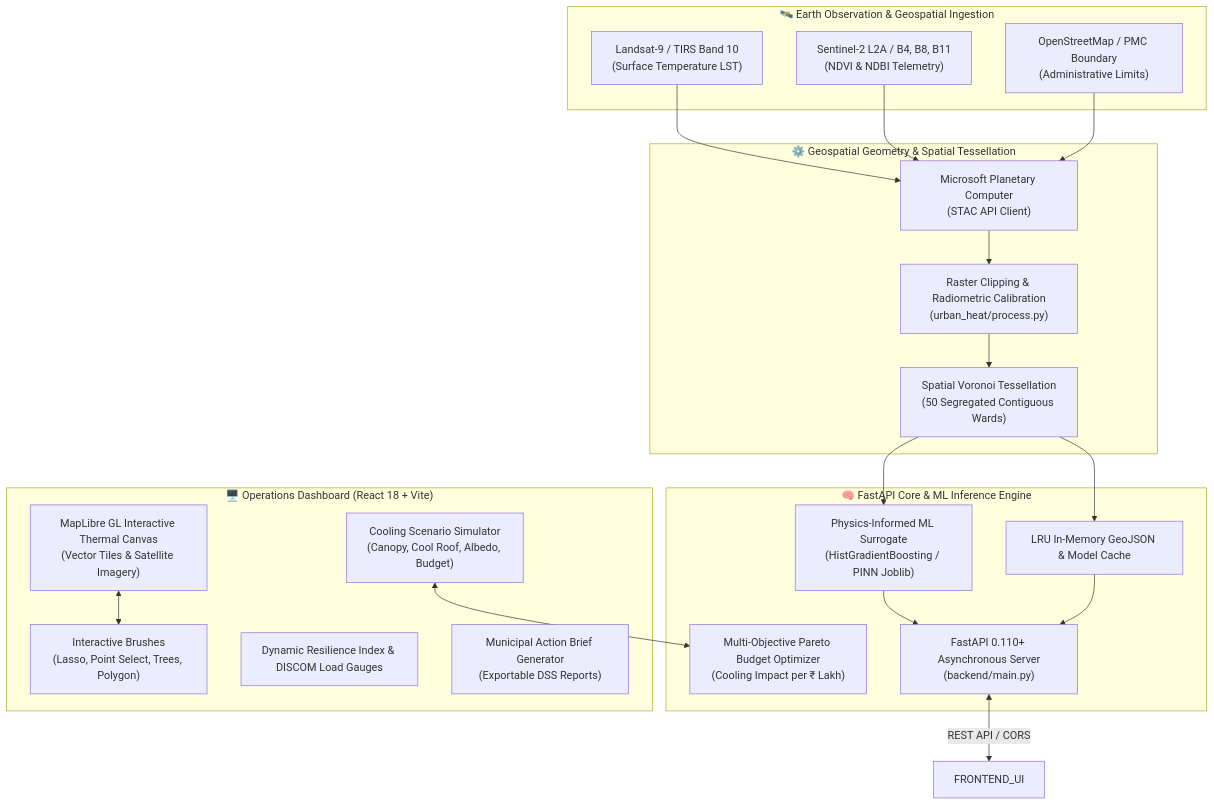
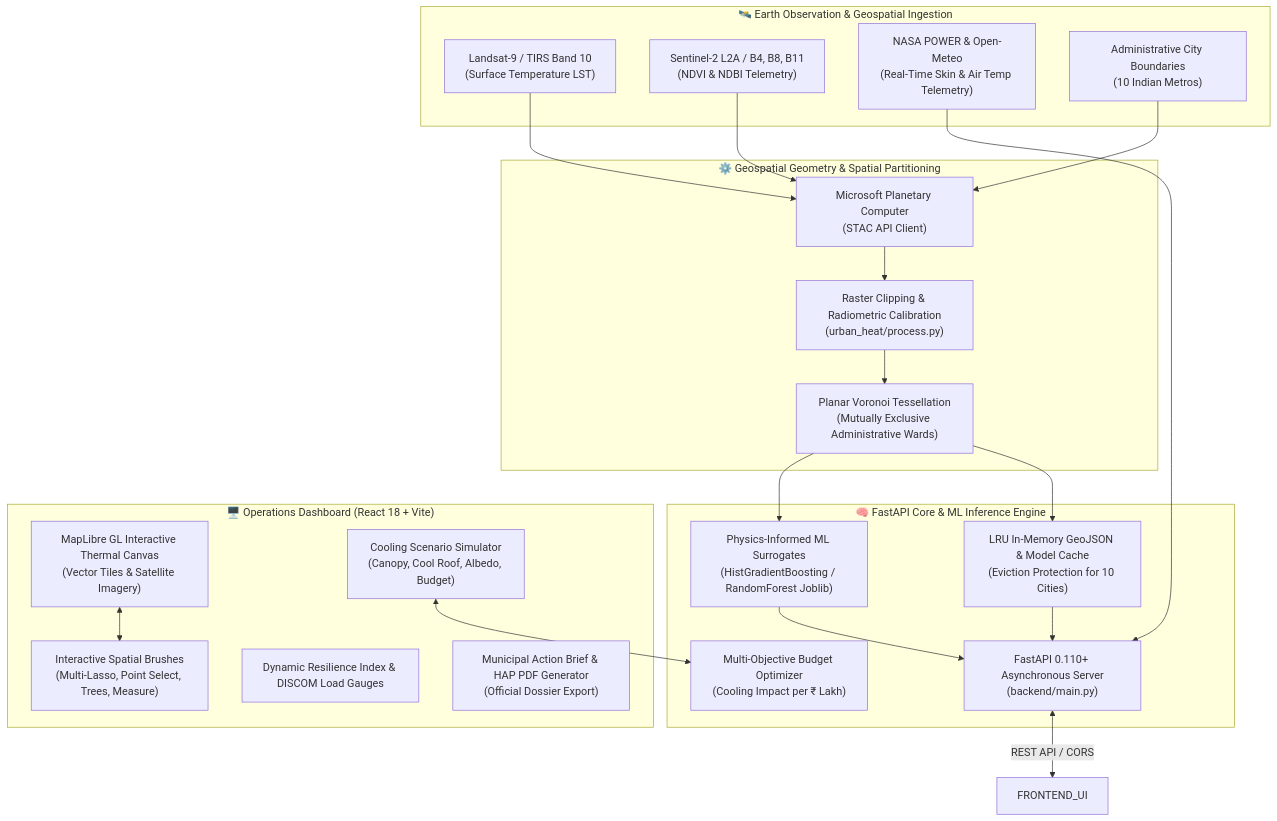
One commit to sanmitpatil07/urban-IQ changed the diagram in README.md. Above: the diagram before and after it, drawn with Mermaid. The commit also changed other lines of this file, not shown here.

Commit message:
docs: update README with 10-city coverage, multi-lasso tool, and deployment specs

````diff
--- a/README.md
+++ b/README.md
@@ -26,42 +26,44 @@
 ```mermaid
 flowchart TD
     subgraph Data_Layer ["🛰️ Earth Observation & Geospatial Ingestion"]
         L9["Landsat-9 / TIRS Band 10\n(Surface Temperature LST)"]
         S2["Sentinel-2 L2A / B4, B8, B11\n(NDVI & NDBI Telemetry)"]
-        OSM["OpenStreetMap / PMC Boundary\n(Administrative Limits)"]
+        NASA["NASA POWER & Open-Meteo\n(Real-Time Skin & Air Temp Telemetry)"]
+        OSM["Administrative City Boundaries\n(10 Indian Metros)"]
     end
 
-    subgraph Preprocessing_Pipeline ["⚙️ Geospatial Geometry & Spatial Tessellation"]
+    subgraph Preprocessing_Pipeline ["⚙️ Geospatial Geometry & Spatial Partitioning"]
         STAC["Microsoft Planetary Computer\n(STAC API Client)"]
         CLIP["Raster Clipping & Radiometric Calibration\n(urban_heat/process.py)"]
-        VORONOI["Spatial Voronoi Tessellation\n(50 Segregated Contiguous Wards)"]
+        VORONOI["Planar Voronoi Tessellation\n(Mutually Exclusive Administrative Wards)"]
     end
 
     subgraph Backend_Engine ["🧠 FastAPI Core & ML Inference Engine"]
         API["FastAPI 0.110+ Asynchronous Server\n(backend/main.py)"]
-        CACHE["LRU In-Memory GeoJSON & Model Cache"]
-        MODEL["Physics-Informed ML Surrogate\n(HistGradientBoosting / PINN Joblib)"]
-        OPTIMIZER["Multi-Objective Pareto Budget Optimizer\n(Cooling Impact per ₹ Lakh)"]
+        CACHE["LRU In-Memory GeoJSON & Model Cache\n(Eviction Protection for 10 Cities)"]
+        MODEL["Physics-Informed ML Surrogates\n(HistGradientBoosting / RandomForest Joblib)"]
+        OPTIMIZER["Multi-Objective Budget Optimizer\n(Cooling Impact per ₹ Lakh)"]
     end
 
     subgraph Frontend_UI ["🖥️ Operations Dashboard (React 18 + Vite)"]
         MAP["MapLibre GL Interactive Thermal Canvas\n(Vector Tiles & Satellite Imagery)"]
-        TOOLS["Interactive Brushes\n(Lasso, Point Select, Trees, Polygon)"]
+        TOOLS["Interactive Spatial Brushes\n(Multi-Lasso, Point Select, Trees, Measure)"]
         SLIDERS["Cooling Scenario Simulator\n(Canopy, Cool Roof, Albedo, Budget)"]
         TELEMETRY["Dynamic Resilience Index & DISCOM Load Gauges"]
-        REPORT["Municipal Action Brief Generator\n(Exportable DSS Reports)"]
+        REPORT["Municipal Action Brief & HAP PDF Generator\n(Official Dossier Export)"]
     end
 
     L9 --> STAC
     S2 --> STAC
+    NASA --> API
     OSM --> STAC
     STAC --> CLIP
     CLIP --> VORONOI
     VORONOI --> MODEL
     VORONOI --> CACHE
     MODEL --> API
     CACHE --> API
     API <-->|REST API / CORS| FRONTEND_UI
     MAP <--> TOOLS
     SLIDERS <--> OPTIMIZER
 ```
````
